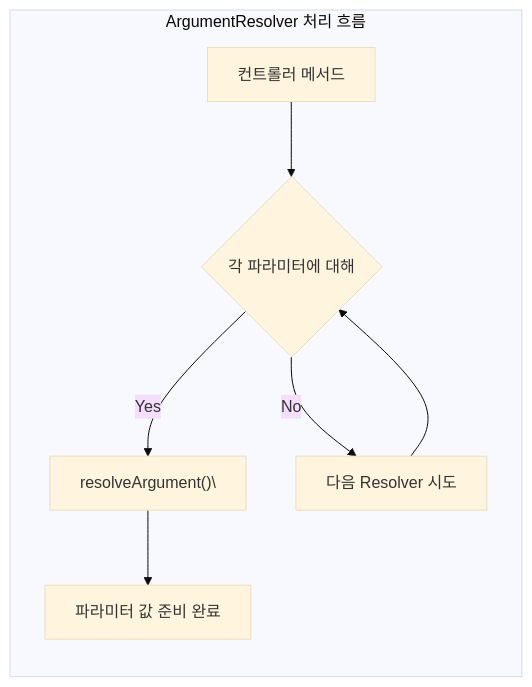
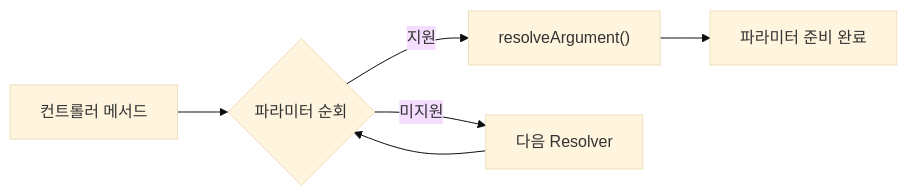
One commit to yjkim2015/yjkim2015.github.io changed the fifth of 14 diagrams in _posts/spring/2026-05-02-spring-mvc-deep.md. Above: the diagram before and after it, drawn with Mermaid (base theme). The commit also changed other lines of this file and 155 other files, not shown here.

First line of the commit message:
Mermaid 전면 수정: subgraph 제거, participant/노드/줄수 축소 (342블록)

````diff
--- a/_posts/spring/2026-05-02-spring-mvc-deep.md
+++ b/_posts/spring/2026-05-02-spring-mvc-deep.md
@@ -269,10 +261,8 @@
 ```mermaid
 graph LR
-    subgraph "ArgumentResolver 처리 흐름"
-        A["컨트롤러 메서드"] --> B{"각 파라미터에 대해"}
-        B -->|"Yes"| C["resolveArgument()\"]
-        B -->|"No"| D["다음 Resolver 시도"]
-        C --> E["파라미터 값 준비 완료"]
-        D --> B
-    end
+    A["컨트롤러 메서드"] --> B{"파라미터 순회"}
+    B -->|"지원"| C["resolveArgument()"]
+    B -->|"미지원"| D["다음 Resolver"]
+    C --> E["파라미터 준비 완료"]
+    D --> B
 ```
````
